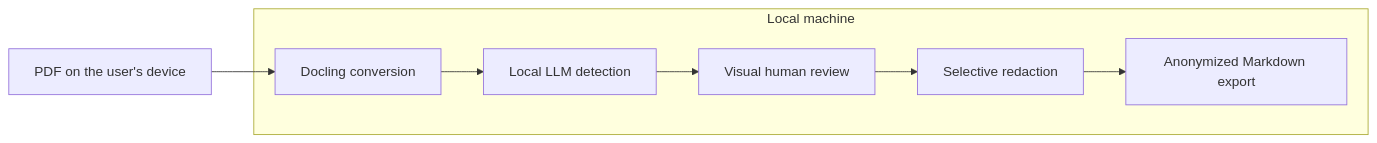
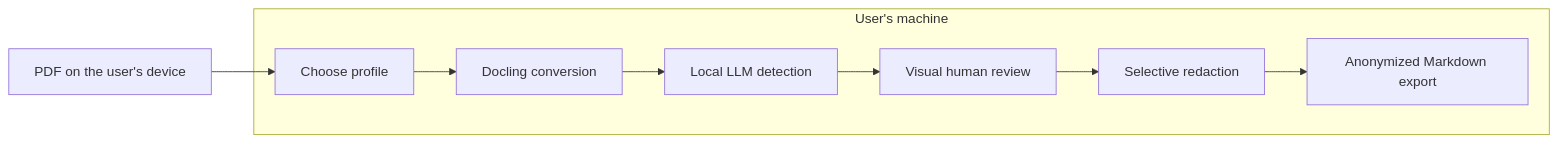
One commit to daniele21/redact-guard changed the first of 2 diagrams in README.md. Above: the diagram before and after it, drawn with Mermaid. The commit also changed other lines of this file, not shown here.

Commit message:
docs: anchor RedactGuard in local-first mission

````diff
--- a/README.md
+++ b/README.md
@@ -45,16 +64,18 @@
 ```mermaid
 flowchart LR
-    A[PDF on the user's device] --> B[Docling conversion]
-    B --> C[Local LLM detection]
-    C --> D[Visual human review]
-    D --> E[Selective redaction]
-    E --> F[Anonymized Markdown export]
+    A[PDF on the user's device] --> B[Choose profile]
+    B --> C[Docling conversion]
+    C --> D[Local LLM detection]
+    D --> E[Visual human review]
+    E --> F[Selective redaction]
+    F --> G[Anonymized Markdown export]
 
-    subgraph LOCAL["Local machine"]
+    subgraph LOCAL["User's machine"]
       B
       C
       D
       E
       F
+      G
     end
 ```
````
